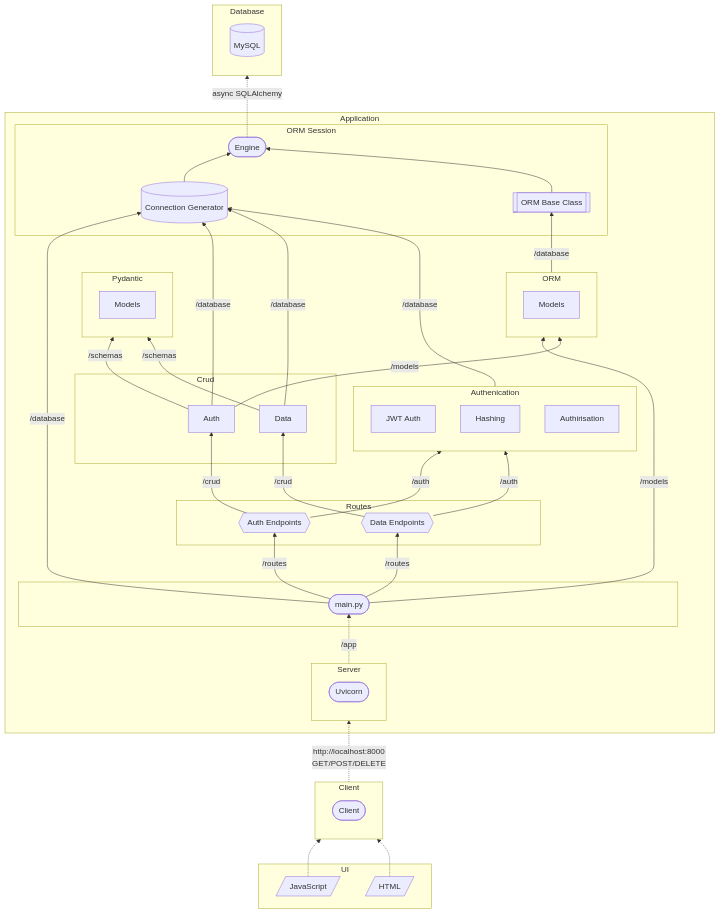
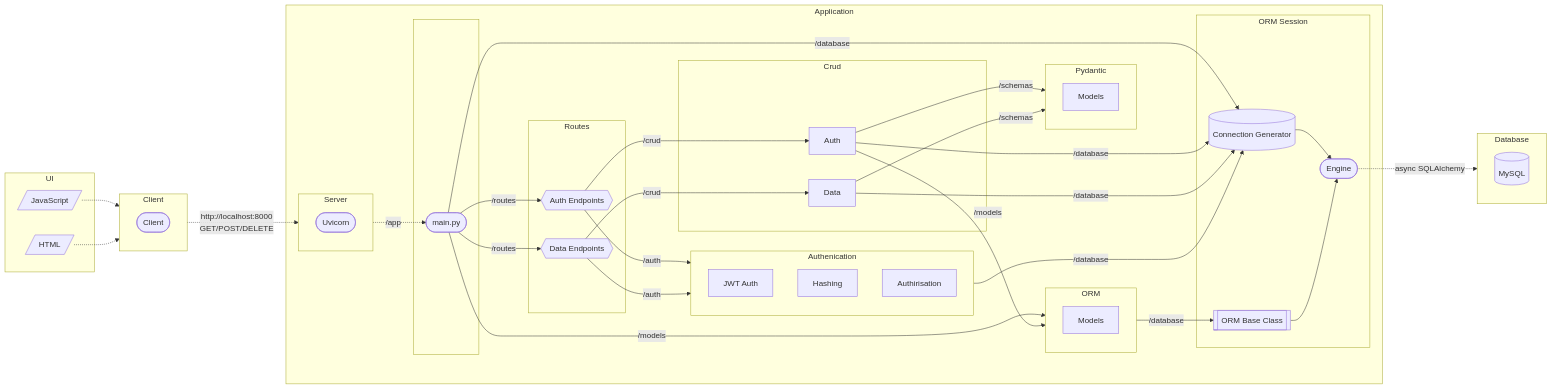
Before and after one commit to hawa1222/database-api: the diagram in diagrams/api_architecture.md, drawn with Mermaid. The commit also changed 1 other file, not shown here.

Commit message:
Add API architecture documentation

````diff
--- a/diagrams/api_architecture.md
+++ b/diagrams/api_architecture.md
@@ -1,5 +1,5 @@
 ```mermaid
-flowchart BT
+flowchart LR
 
     subgraph UI
         A0[/JavaScript/]
````
